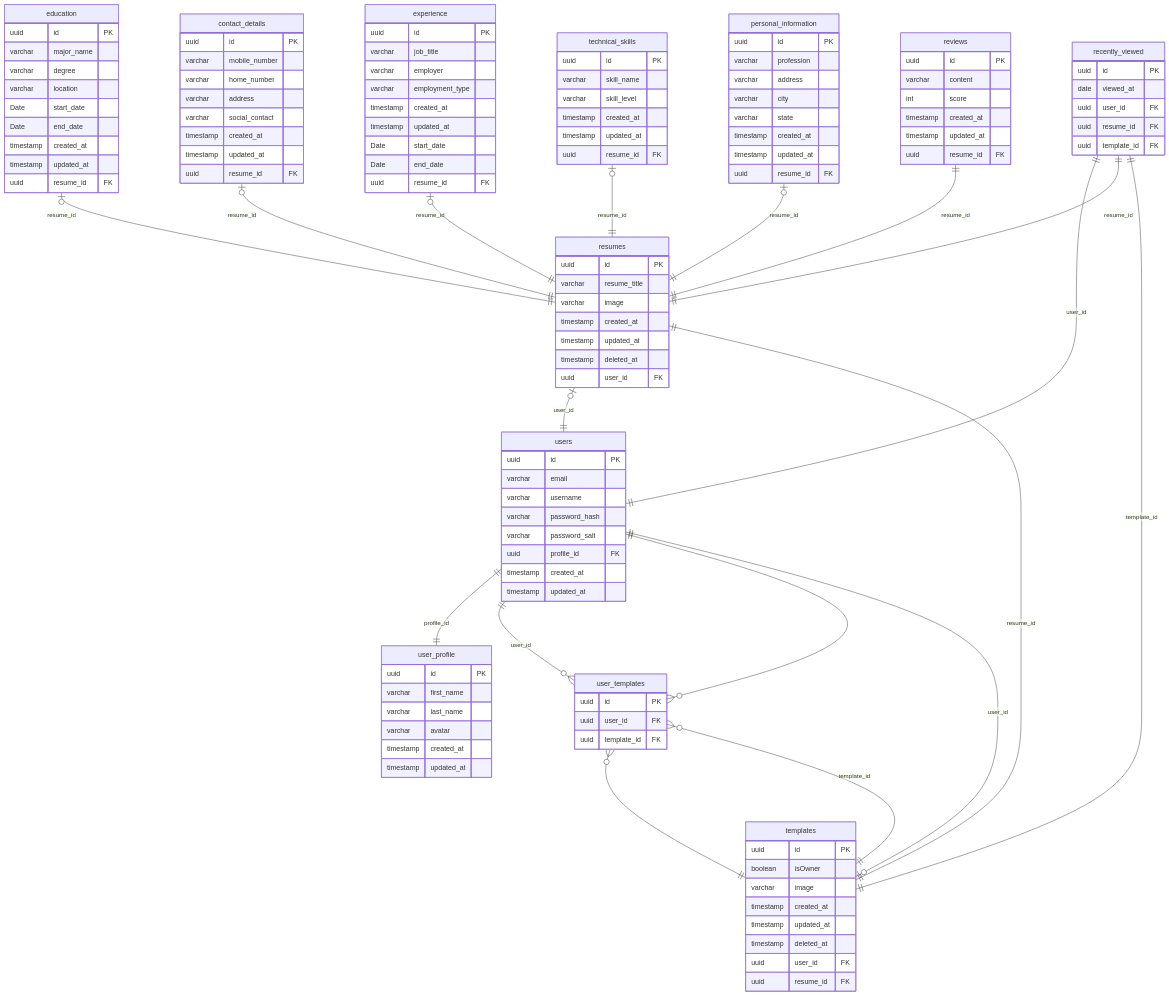
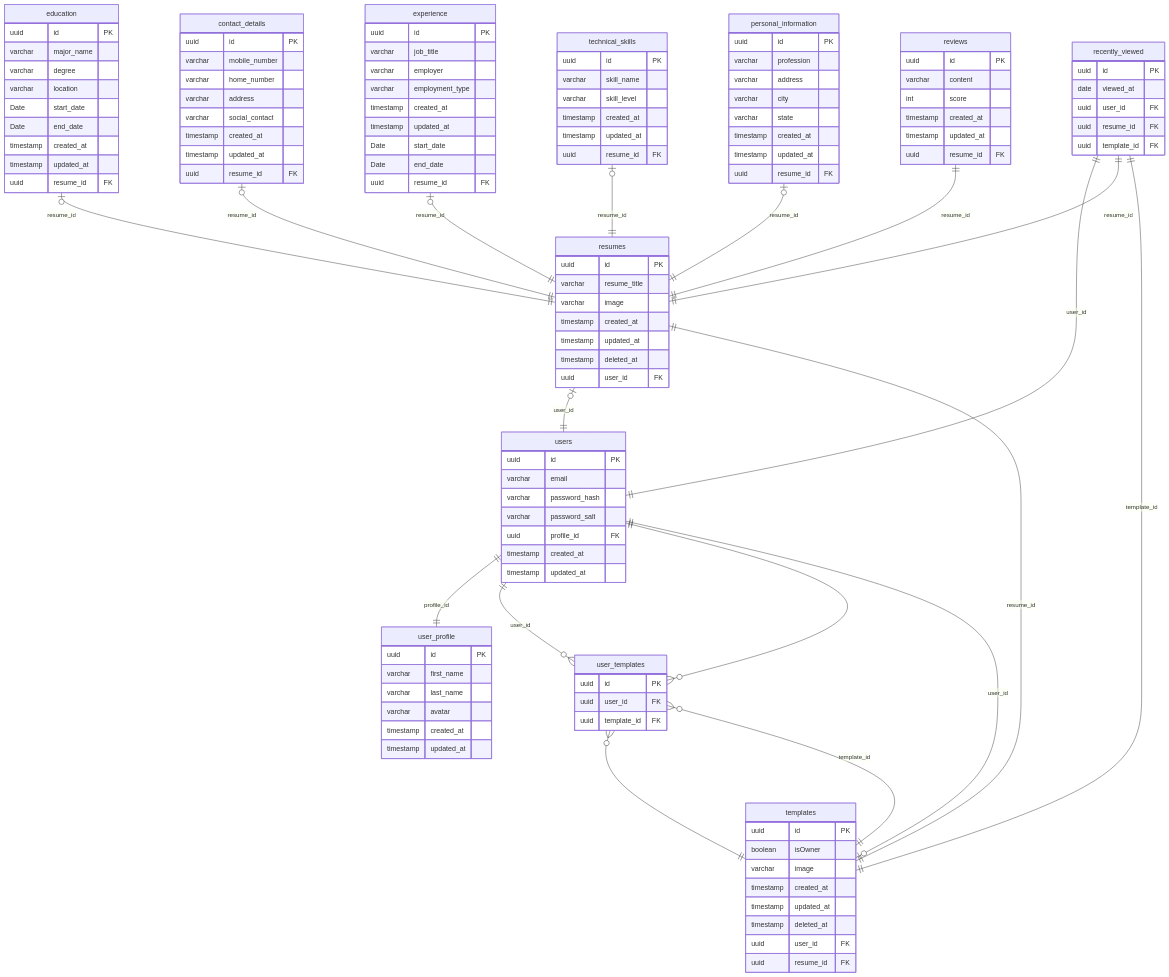
Before and after one commit to BinaryStudioAcademy/bsa-winter-2023-2024-resumegemm: the diagram in readme.md, drawn with Mermaid.

Commit message:
rg-9: * Modified db schema

```diff
--- a/readme.md
+++ b/readme.md
@@ -47,7 +47,6 @@
     users {
         uuid id PK
         varchar email
-        varchar username
         varchar password_hash
         varchar password_salt
         uuid profile_id FK
```
